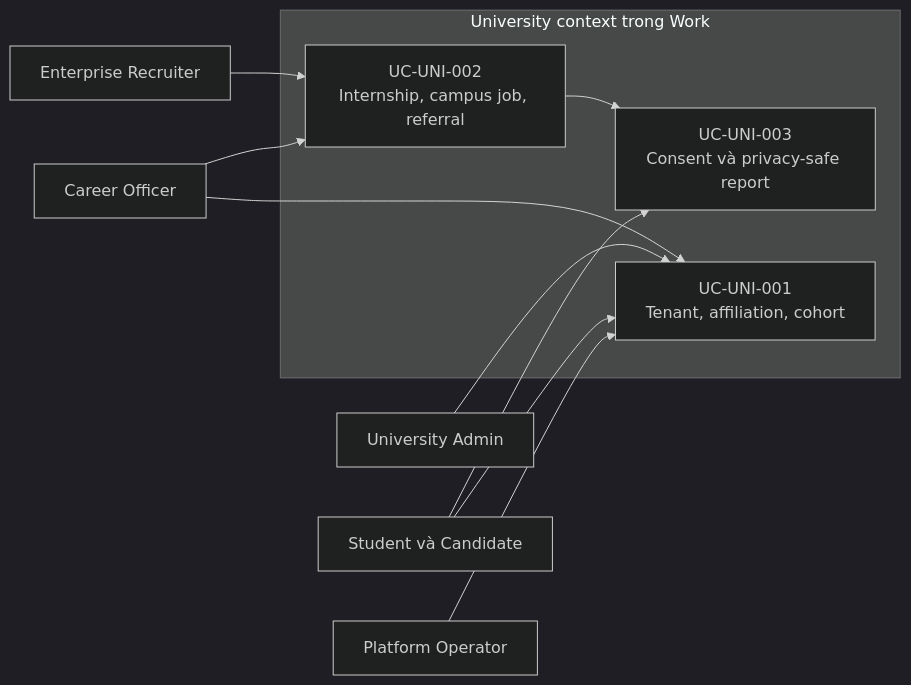
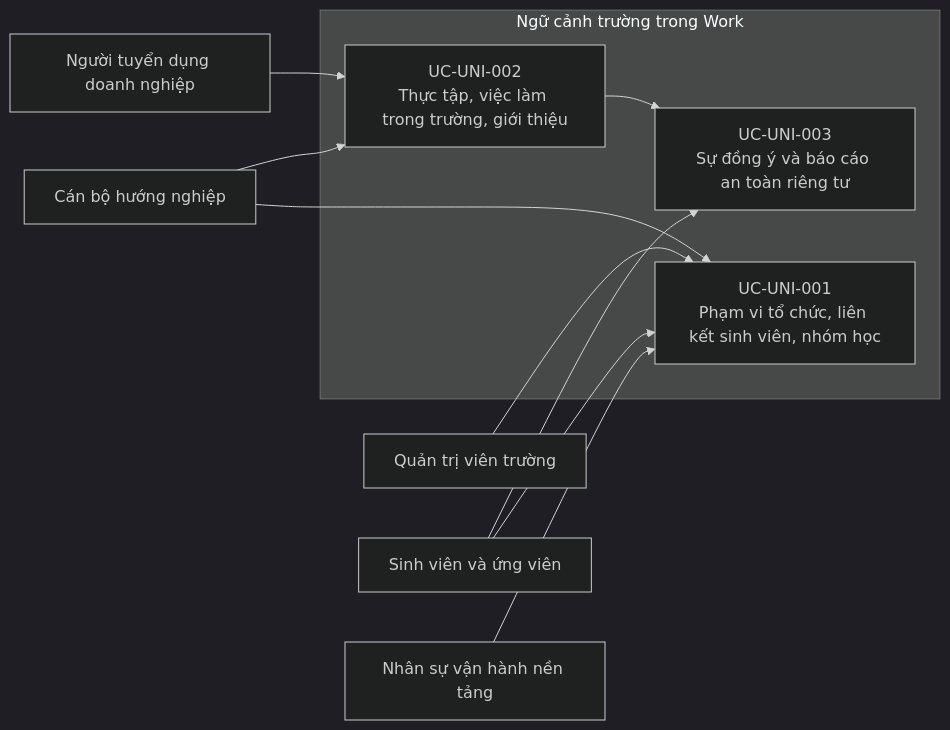
One commit to daovanhung-dev/Study2Work changed the fourth of 47 diagrams in docs/BD/02_BIEU_DO_HE_THONG.md. Above: the diagram before and after it, drawn with Mermaid (dark theme). The commit also changed other lines of this file and 2295 other files, not shown here.

````diff
--- a/docs/BD/02_BIEU_DO_HE_THONG.md
+++ b/docs/BD/02_BIEU_DO_HE_THONG.md
@@ -209,23 +209,23 @@
 ```mermaid
 flowchart LR
-    UA[University Admin]
-    CO[Career Officer]
-    Student[Student và Candidate]
-    Recruiter[Enterprise Recruiter]
-    PO[Platform Operator]
+    UA[Quản trị viên trường]
+    CO[Cán bộ hướng nghiệp]
+    Student[Sinh viên và ứng viên]
+    Recruiter[Người tuyển dụng doanh nghiệp]
+    PO[Nhân sự vận hành nền tảng]
 
-    subgraph UNI[University context trong Work]
-        Tenant["UC-UNI-001<br/>Tenant, affiliation, cohort"]
-        Program["UC-UNI-002<br/>Internship, campus job, referral"]
-        Consent["UC-UNI-003<br/>Consent và privacy-safe report"]
+    subgraph UNI[Ngữ cảnh trường trong Work]
+        Tenant["UC-UNI-001<br/>Phạm vi tổ chức, liên kết sinh viên, nhóm học"]
+        Program["UC-UNI-002<br/>Thực tập, việc làm trong trường, giới thiệu"]
+        Consent["UC-UNI-003<br/>Sự đồng ý và báo cáo an toàn riêng tư"]
     end
 
     UA --> Tenant
     CO --> Tenant
     CO --> Program
     Student --> Tenant
     Student --> Consent
     Recruiter --> Program
     PO --> Tenant
     Program --> Consent
 ```
````
